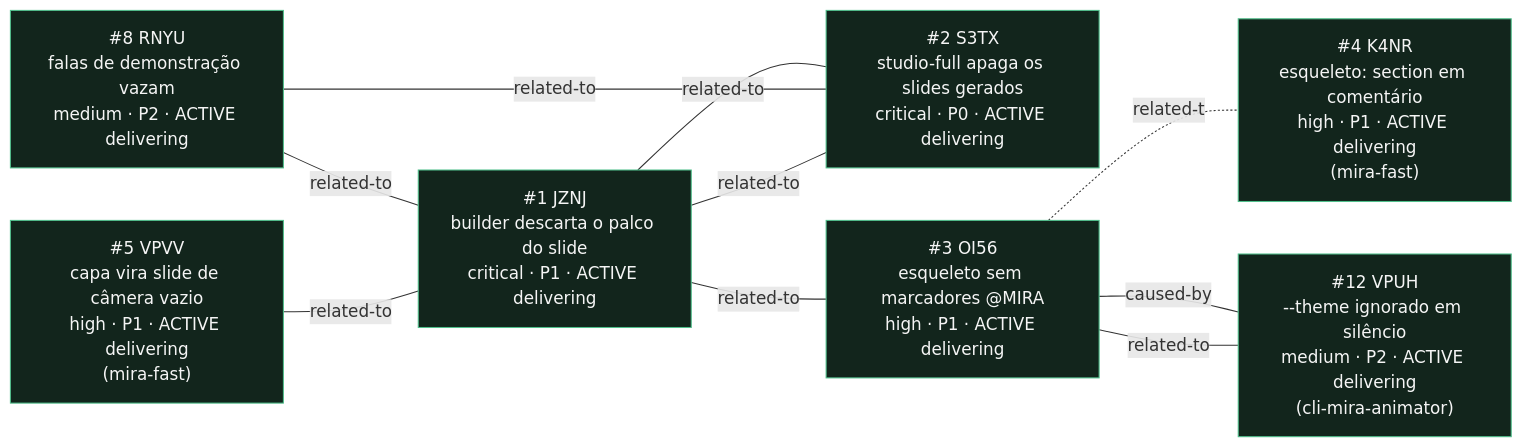
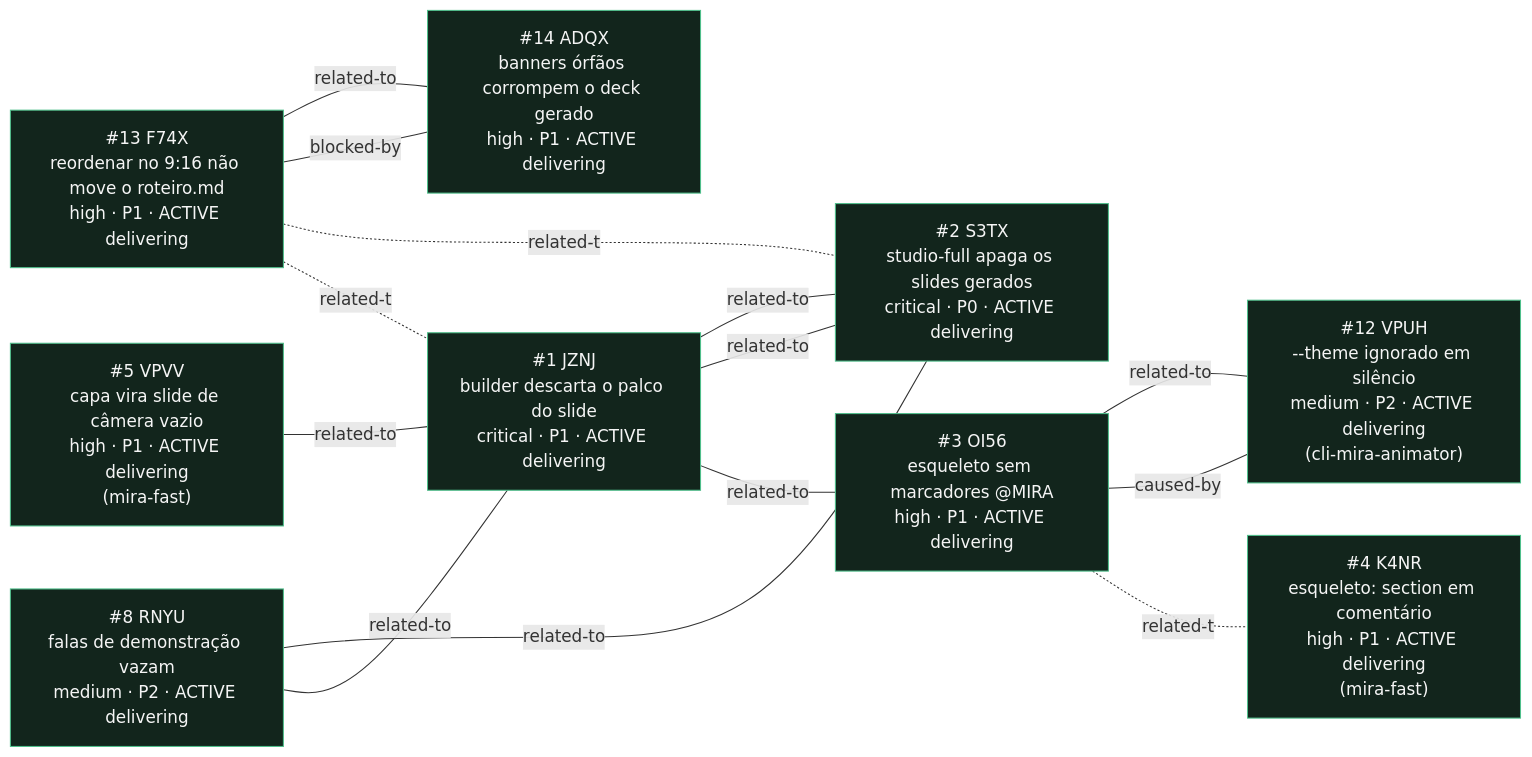
One commit to sandeco/mira-animator changed the diagram in _reversa_bugs/templates-studio/generated/graph.md. Above: the diagram before and after it, drawn with Mermaid. The commit also changed other lines of this file and 26 other files, not shown here.

````diff
--- a/_reversa_bugs/templates-studio/generated/graph.md
+++ b/_reversa_bugs/templates-studio/generated/graph.md
@@ -7,32 +7,40 @@
 ```mermaid
 graph LR
   JZNJ["#1 JZNJ<br/>builder descarta o palco do slide<br/>critical · P1 · ACTIVE delivering"]
   S3TX["#2 S3TX<br/>studio-full apaga os slides gerados<br/>critical · P0 · ACTIVE delivering"]
   OI56["#3 OI56<br/>esqueleto sem marcadores @MIRA<br/>high · P1 · ACTIVE delivering"]
+  F74X["#13 F74X<br/>reordenar no 9:16 não move o roteiro.md<br/>high · P1 · ACTIVE delivering"]
+  ADQX["#14 ADQX<br/>banners órfãos corrompem o deck gerado<br/>high · P1 · ACTIVE delivering"]
   RNYU["#8 RNYU<br/>falas de demonstração vazam<br/>medium · P2 · ACTIVE delivering"]
   K4NR["#4 K4NR<br/>esqueleto: section em comentário<br/>high · P1 · ACTIVE delivering<br/>(mira-fast)"]
   VPUH["#12 VPUH<br/>--theme ignorado em silêncio<br/>medium · P2 · ACTIVE delivering<br/>(cli-mira-animator)"]
   VPVV["#5 VPVV<br/>capa vira slide de câmera vazio<br/>high · P1 · ACTIVE delivering<br/>(mira-fast)"]
 
   JZNJ ---|related-to| OI56
   JZNJ ---|related-to| S3TX
   S3TX ---|related-to| JZNJ
   OI56 -.related-to.- K4NR
   OI56 ---|caused-by| VPUH
   RNYU ---|related-to| JZNJ
   RNYU ---|related-to| S3TX
+  F74X -.related-to.- JZNJ
+  F74X -.related-to.- S3TX
+  F74X ---|blocked-by| ADQX
+  ADQX ---|related-to| F74X
   VPVV ---|related-to| JZNJ
   VPUH ---|related-to| OI56
 
   classDef critico fill:#2a1014,stroke:#e05260,color:#f5f5f5
   classDef aberto fill:#2a1416,stroke:#c0392b,color:#f5f5f5
   classDef medio fill:#2a2413,stroke:#c8a02c,color:#f5f5f5
   classDef entregando fill:#12251c,stroke:#4fbf8b,color:#f5f5f5
   class JZNJ entregando
   class S3TX entregando
   class OI56 entregando
   class RNYU entregando
+  class F74X entregando
+  class ADQX entregando
   class K4NR entregando
   class VPUH entregando
   class VPVV entregando
 ```
````
